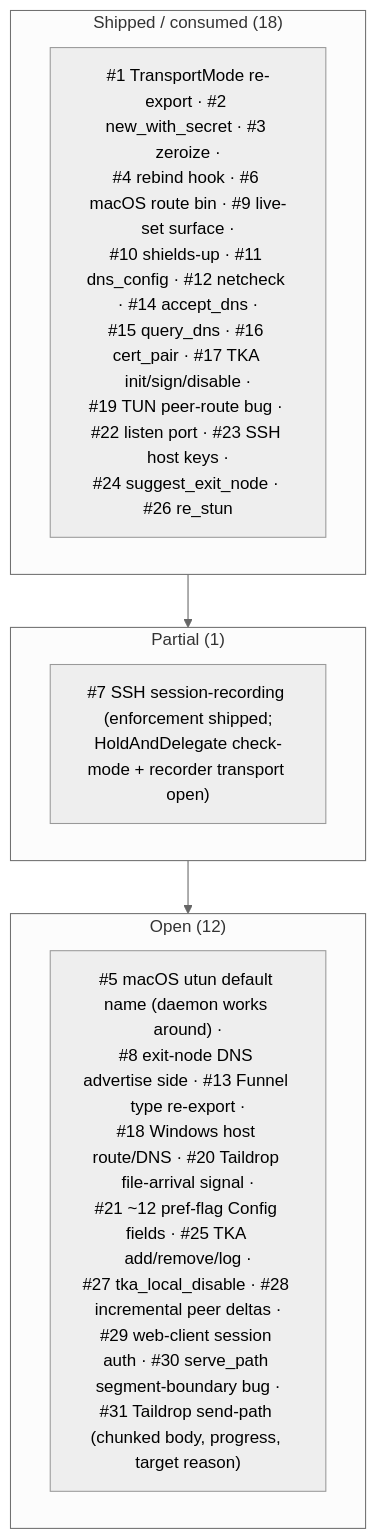
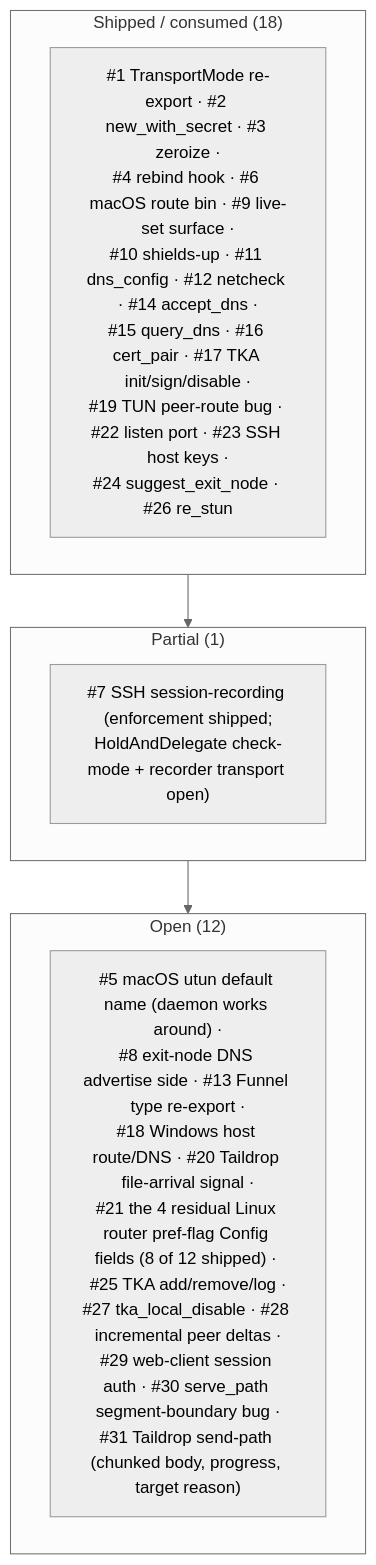
Before and after one commit to GeiserX/tailscaled-rs: the third of 3 diagrams in docs/PARITY_GAP_ANALYSIS.md, drawn with Mermaid (neutral theme). The commit also changed other lines of this file and 2 other files, not shown here.

````diff
--- a/docs/PARITY_GAP_ANALYSIS.md
+++ b/docs/PARITY_GAP_ANALYSIS.md
@@ -195,13 +196,13 @@
 ```mermaid
 flowchart TB
     subgraph SHIPPED["Shipped / consumed (18)"]
         S["#1 TransportMode re-export · #2 new_with_secret · #3 zeroize ·<br/>#4 rebind hook · #6 macOS route bin · #9 live-set surface ·<br/>#10 shields-up · #11 dns_config · #12 netcheck · #14 accept_dns ·<br/>#15 query_dns · #16 cert_pair · #17 TKA init/sign/disable ·<br/>#19 TUN peer-route bug · #22 listen port · #23 SSH host keys ·<br/>#24 suggest_exit_node · #26 re_stun"]
     end
     subgraph PARTIAL["Partial (1)"]
         P["#7 SSH session-recording (enforcement shipped;<br/>HoldAndDelegate check-mode + recorder transport open)"]
     end
     subgraph OPEN["Open (12)"]
-        O["#5 macOS utun default name (daemon works around) ·<br/>#8 exit-node DNS advertise side · #13 Funnel type re-export ·<br/>#18 Windows host route/DNS · #20 Taildrop file-arrival signal ·<br/>#21 ~12 pref-flag Config fields · #25 TKA add/remove/log ·<br/>#27 tka_local_disable · #28 incremental peer deltas ·<br/>#29 web-client session auth · #30 serve_path segment-boundary bug ·<br/>#31 Taildrop send-path (chunked body, progress, target reason)"]
+        O["#5 macOS utun default name (daemon works around) ·<br/>#8 exit-node DNS advertise side · #13 Funnel type re-export ·<br/>#18 Windows host route/DNS · #20 Taildrop file-arrival signal ·<br/>#21 the 4 residual Linux router pref-flag Config fields (8 of 12 shipped) · #25 TKA add/remove/log ·<br/>#27 tka_local_disable · #28 incremental peer deltas ·<br/>#29 web-client session auth · #30 serve_path segment-boundary bug ·<br/>#31 Taildrop send-path (chunked body, progress, target reason)"]
     end
     SHIPPED --> PARTIAL --> OPEN
 ```
````
